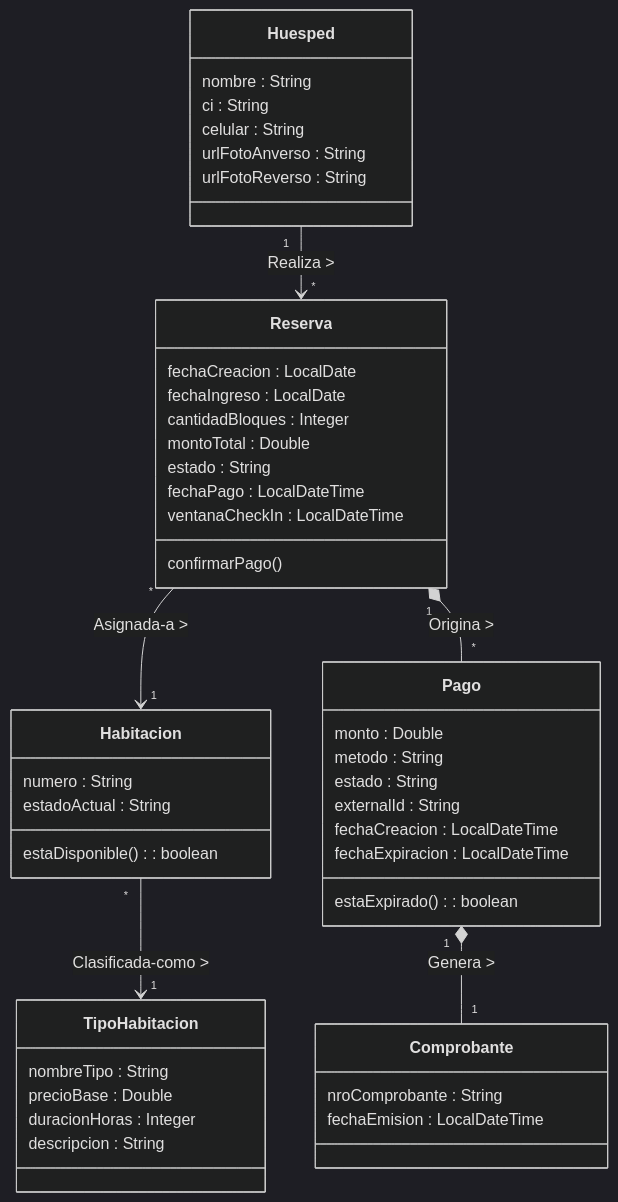
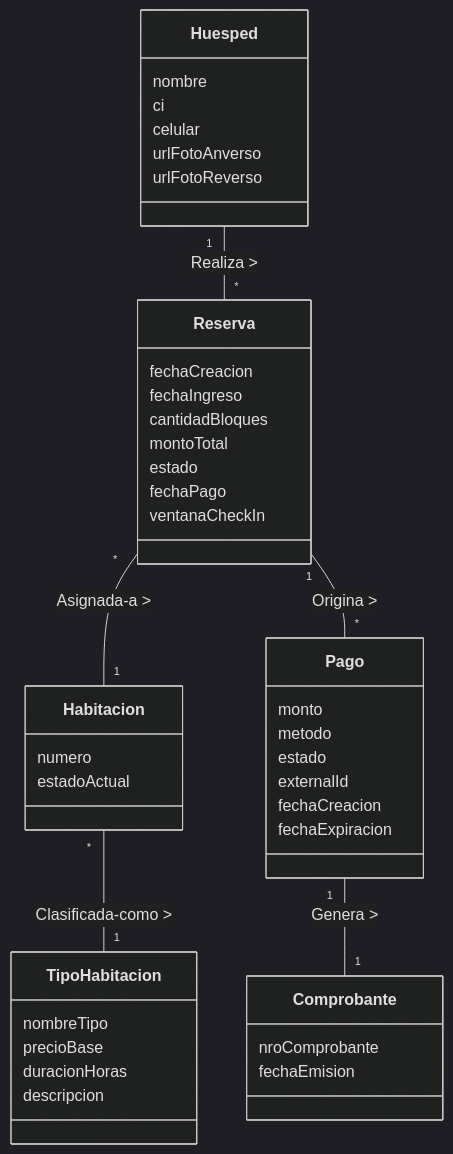
The diagram in 01_Modelado_Negocio/ModeloDominio.mmd (Tsmrain/GestionSistemas), drawn with Mermaid (dark theme) before and after one commit.

Commit message:
Modelo de dominio actualizado

```diff
--- a/01_Modelado_Negocio/ModeloDominio.mmd
+++ b/01_Modelado_Negocio/ModeloDominio.mmd
@@ -1,61 +1,56 @@
 classDiagram
     direction TB
 
     %% ── Conceptual Domain Model (Larman Cap. 9) ────────────────────────────────
-    %% Fuente autoritativa: codigo en domain/models/
-    %% Baja Brecha de Representación: cada clase, atributo y relación aquí
-    %% tiene su equivalente exacto en el código Java.
+    %% Modelo de cosas en el mundo real, sin operaciones ni navegabilidad de software.
 
     class Huesped {
-        nombre : String
-        ci : String
-        celular : String
-        urlFotoAnverso : String
-        urlFotoReverso : String
+        nombre
+        ci
+        celular
+        urlFotoAnverso
+        urlFotoReverso
     }
 
     class Reserva {
-        fechaCreacion : LocalDate
-        fechaIngreso : LocalDate
-        cantidadBloques : Integer
-        montoTotal : Double
-        estado : String
-        fechaPago : LocalDateTime
-        ventanaCheckIn : LocalDateTime
-        confirmarPago()
+        fechaCreacion
+        fechaIngreso
+        cantidadBloques
+        montoTotal
+        estado
+        fechaPago
+        ventanaCheckIn
     }
 
     class Habitacion {
-        numero : String
-        estadoActual : String
-        estaDisponible() : boolean
+        numero
+        estadoActual
     }
 
     class TipoHabitacion {
-        nombreTipo : String
-        precioBase : Double
-        duracionHoras : Integer
-        descripcion : String
+        nombreTipo
+        precioBase
+        duracionHoras
+        descripcion
     }
 
     class Pago {
-        monto : Double
-        metodo : String
-        estado : String
-        externalId : String
-        fechaCreacion : LocalDateTime
-        fechaExpiracion : LocalDateTime
-        estaExpirado() : boolean
+        monto
+        metodo
+        estado
+        externalId
+        fechaCreacion
+        fechaExpiracion
     }
 
     class Comprobante {
-        nroComprobante : String
-        fechaEmision : LocalDateTime
+        nroComprobante
+        fechaEmision
     }
 
-    %% ── Relaciones ────────────────────────────────────────────────────────────
-    Huesped       "1"  --> "*"  Reserva      : Realiza >
-    Reserva       "*"  --> "1"  Habitacion   : Asignada-a >
-    Habitacion    "*"  --> "1"  TipoHabitacion : Clasificada-como >
-    Reserva       "1"  *--  "*"  Pago         : Origina >
-    Pago          "1"  *--  "1"  Comprobante  : Genera >
+    %% ── Relaciones (Sin flechas de navegabilidad, líneas simples) ────────────
+    Huesped       "1" -- "*"  Reserva      : Realiza >
+    Reserva       "*" -- "1"  Habitacion   : Asignada-a >
+    Habitacion    "*" -- "1"  TipoHabitacion : Clasificada-como >
+    Reserva       "1" -- "*"  Pago         : Origina >
+    Pago          "1" -- "1"  Comprobante  : Genera >
```
